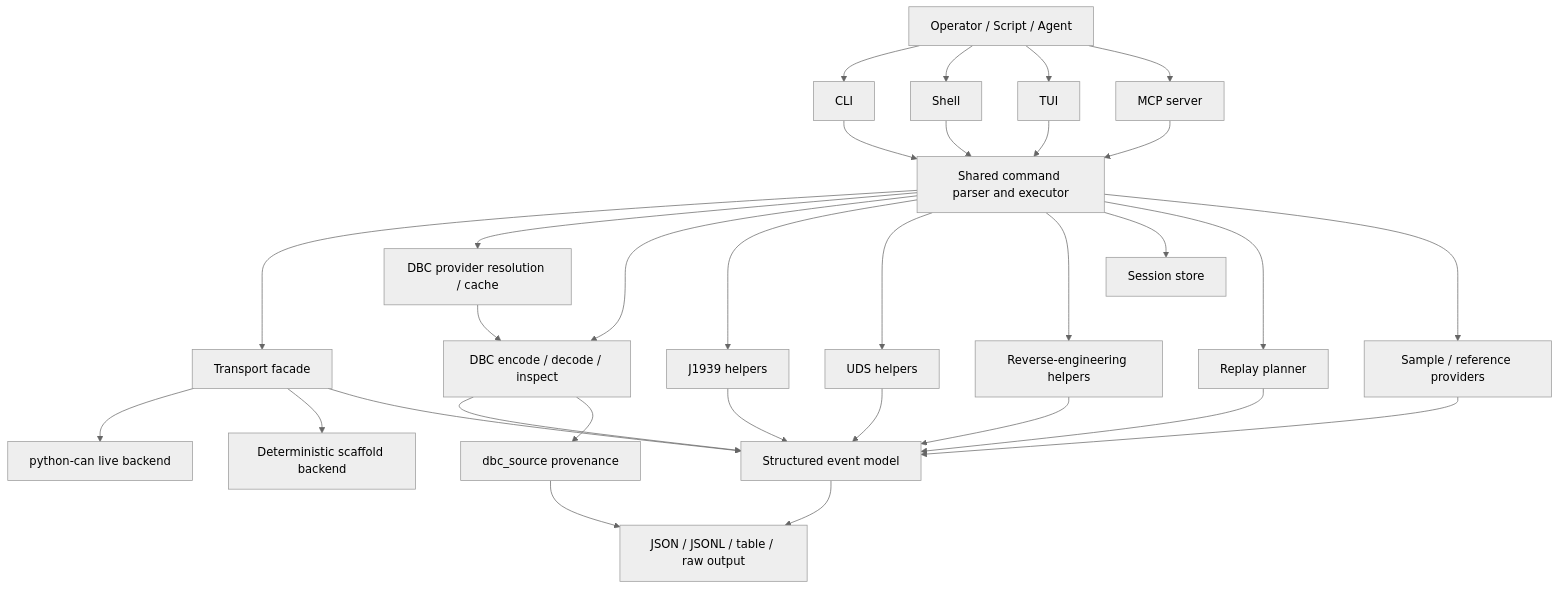
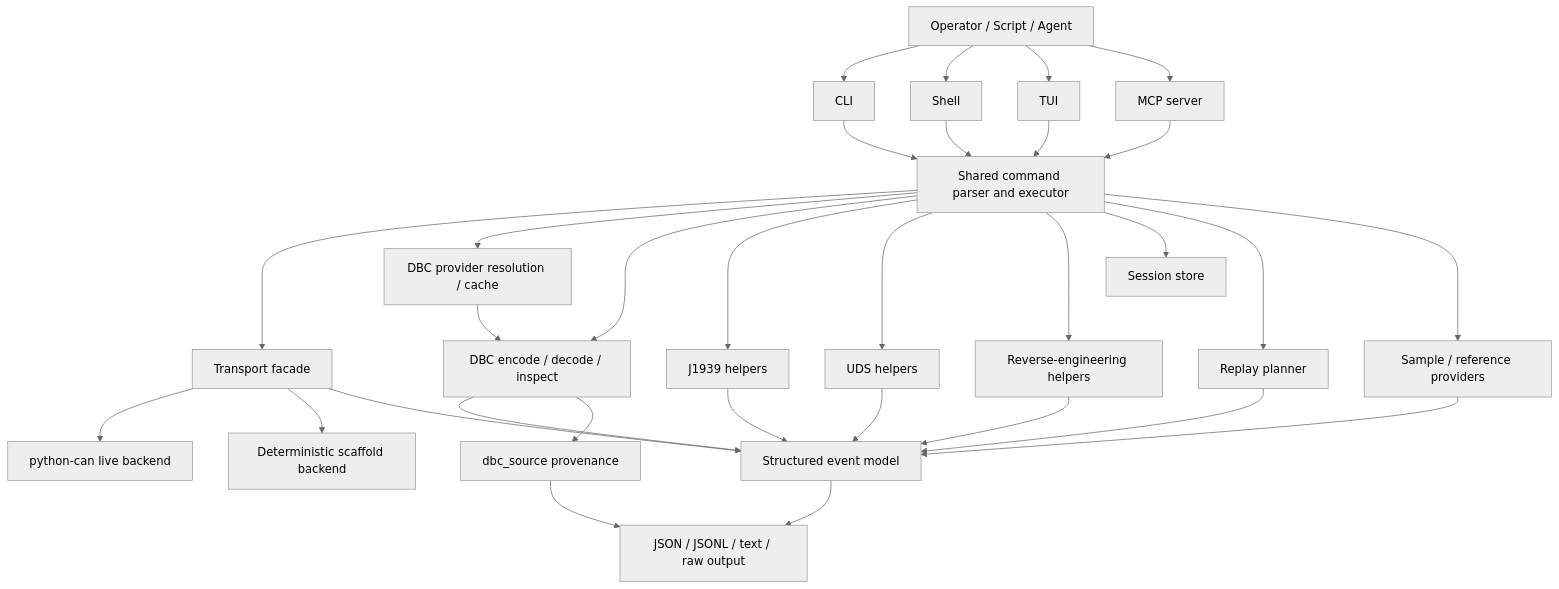
Before and after one commit to hexsecs/canarchy: the first of 5 diagrams in docs/architecture.md, drawn with Mermaid (neutral theme). The commit also changed other lines of this file and 48 other files, not shown here.

First line of the commit message:
Rename human output mode to text

````diff
--- a/docs/architecture.md
+++ b/docs/architecture.md
@@ -24,38 +24,38 @@
 ```mermaid
 flowchart TD
     U[Operator / Script / Agent] --> CLI[CLI]
     U --> SH[Shell]
     U --> TUI[TUI]
     U --> MCP[MCP server]
 
     CLI --> CMD[Shared command parser and executor]
     SH --> CMD
     TUI --> CMD
     MCP --> CMD
 
     CMD --> TP[Transport facade]
     CMD --> DBCP[DBC provider resolution / cache]
     CMD --> DBC[DBC encode / decode / inspect]
     CMD --> J[J1939 helpers]
     CMD --> UDS[UDS helpers]
     CMD --> RE[Reverse-engineering helpers]
     CMD --> SES[Session store]
     CMD --> REP[Replay planner]
 
     TP --> PY[python-can live backend]
     TP --> SC[Deterministic scaffold backend]
     CMD --> REF[Sample / reference providers]
 
     DBCP --> DBC
     DBC --> EV[Structured event model]
     J --> EV
     UDS --> EV
     RE --> EV
     TP --> EV
     REP --> EV
     REF --> EV
 
-    EV --> OUT[JSON / JSONL / table / raw output]
+    EV --> OUT[JSON / JSONL / text / raw output]
     DBC --> PROV[dbc_source provenance]
     PROV --> OUT
 ```
````
